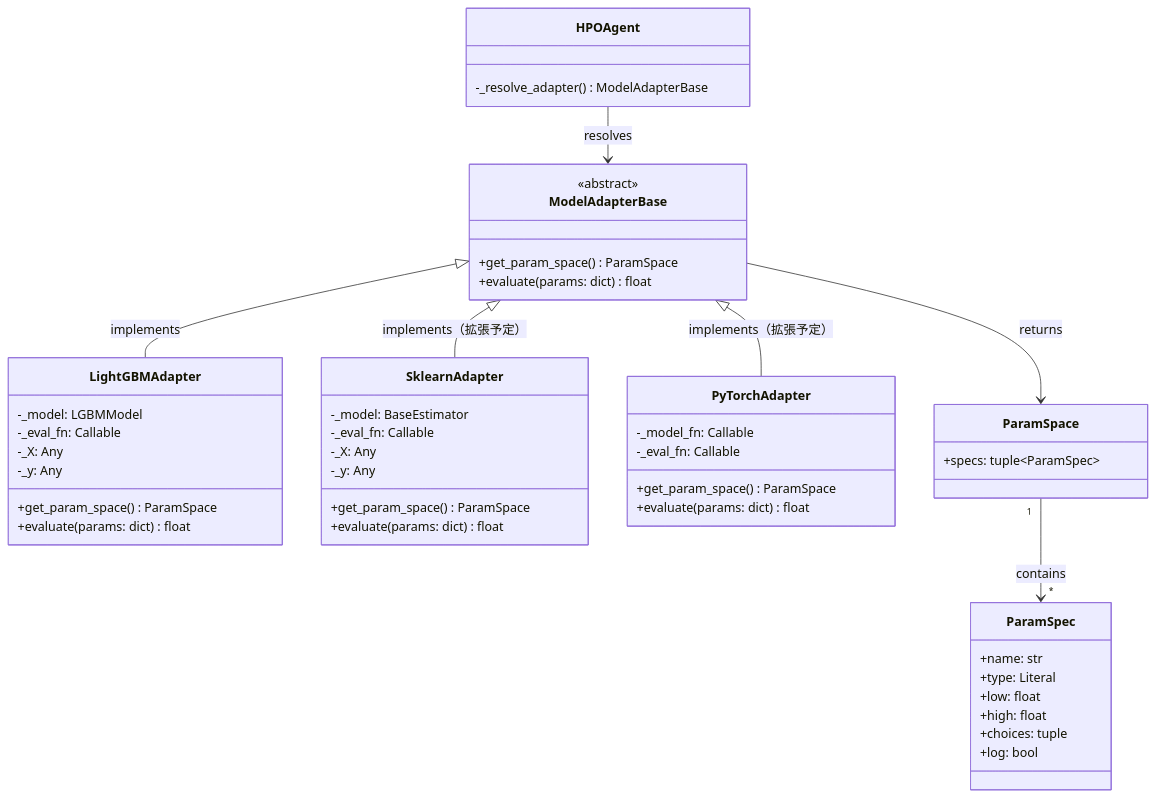
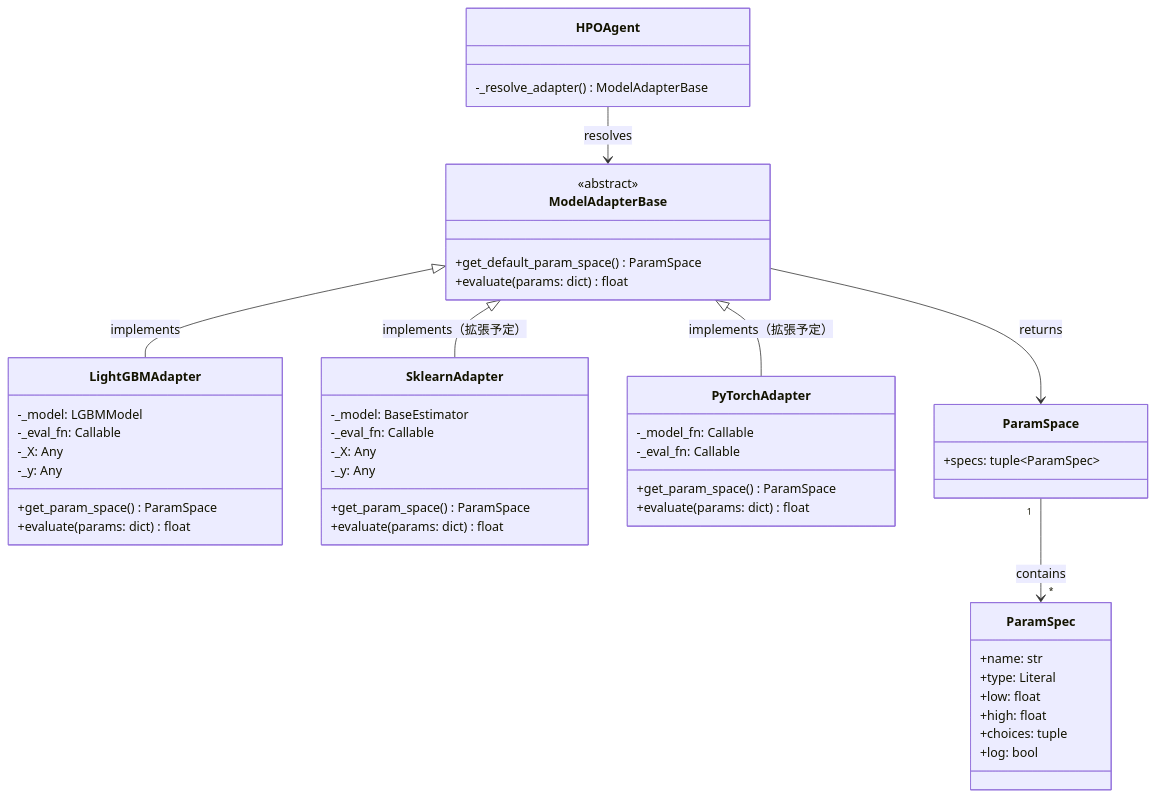
The second of 2 diagrams in doc/model_adapter_design.md (usha-takeshige/HPO-Agent), drawn with Mermaid before and after one commit. The commit also changed other lines of this file and 3 other files, not shown here.

First line of the commit message:
docs: add AI reasoning output and user-specified param space to design docs #1

````diff
--- a/doc/model_adapter_design.md
+++ b/doc/model_adapter_design.md
@@ -228,57 +246,57 @@
 ```mermaid
 classDiagram
     class ModelAdapterBase {
         <<abstract>>
-        +get_param_space() ParamSpace
+        +get_default_param_space() ParamSpace
         +evaluate(params: dict) float
     }
 
     class LightGBMAdapter {
         -_model: LGBMModel
         -_eval_fn: Callable
         -_X: Any
         -_y: Any
         +get_param_space() ParamSpace
         +evaluate(params: dict) float
     }
 
     class SklearnAdapter {
         -_model: BaseEstimator
         -_eval_fn: Callable
         -_X: Any
         -_y: Any
         +get_param_space() ParamSpace
         +evaluate(params: dict) float
     }
 
     class PyTorchAdapter {
         -_model_fn: Callable
         -_eval_fn: Callable
         +get_param_space() ParamSpace
         +evaluate(params: dict) float
     }
 
     class ParamSpace {
         +specs: tuple~ParamSpec~
     }
 
     class ParamSpec {
         +name: str
         +type: Literal
         +low: float
         +high: float
         +choices: tuple
         +log: bool
     }
 
     class HPOAgent {
         -_resolve_adapter() ModelAdapterBase
     }
 
     ModelAdapterBase <|-- LightGBMAdapter : implements
     ModelAdapterBase <|-- SklearnAdapter : implements（拡張予定）
     ModelAdapterBase <|-- PyTorchAdapter : implements（拡張予定）
     ModelAdapterBase --> ParamSpace : returns
     ParamSpace "1" --> "*" ParamSpec : contains
     HPOAgent --> ModelAdapterBase : resolves
 ```
````
